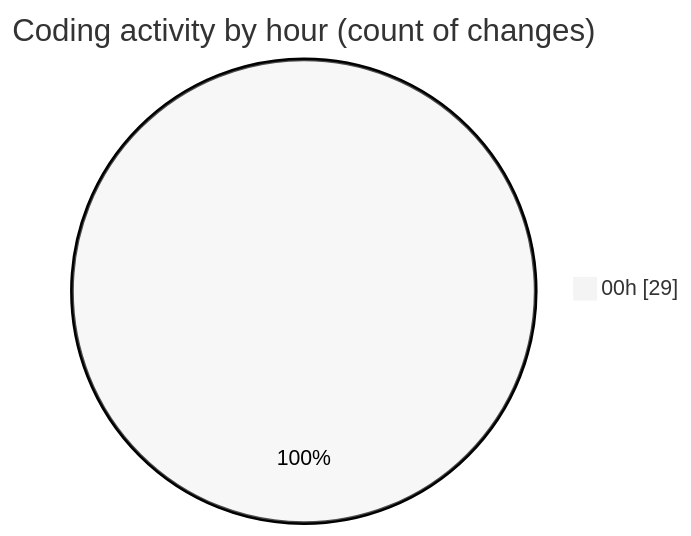
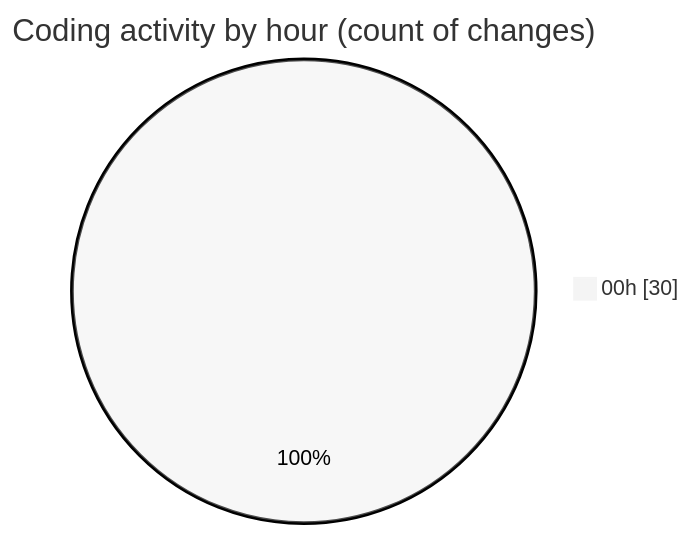
The second of 2 diagrams in 2025-08-10/nxtqube_webapp/README.md (nxtqubesakshisongat/code-tracking), drawn with Mermaid (neutral theme) before and after one commit. The commit also changed other lines of this file and 1 other file, not shown here.

````diff
--- a/2025-08-10/nxtqube_webapp/README.md
+++ b/2025-08-10/nxtqube_webapp/README.md
@@ -29,5 +29,5 @@
 ```mermaid
 pie showData
 title Coding activity by hour (count of changes)
-"00h" : 29
+"00h" : 30
 ```
````
